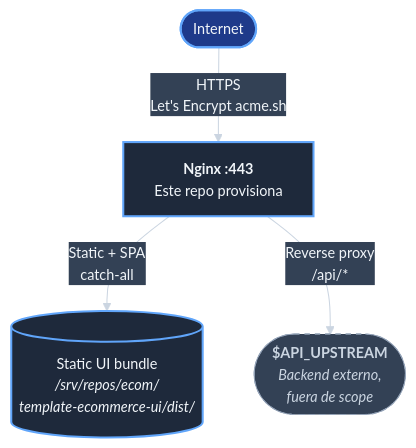
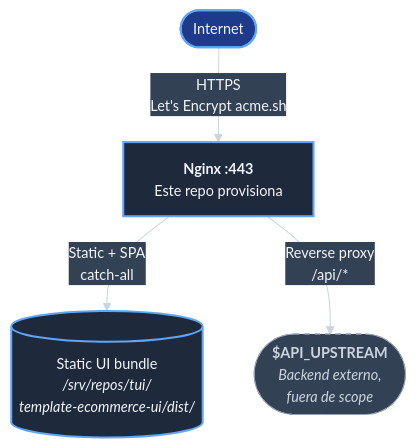
Before and after one commit to jcg-admin/template-ecommerce-server: the first of 5 diagrams in docs/arquitectura.md, drawn with Mermaid. The commit also changed other lines of this file and 4 other files, not shown here.

First line of the commit message:
Fix /srv/repos/ecom/ paths in docs/

````diff
--- a/docs/arquitectura.md
+++ b/docs/arquitectura.md
@@ -16,31 +16,31 @@
 ```mermaid
 %%{init: {'theme':'base', 'themeVariables': {
   'background': '#0f172a',
   'primaryColor': '#1e293b',
   'primaryTextColor': '#f1f5f9',
   'primaryBorderColor': '#94a3b8',
   'lineColor': '#cbd5e1',
   'secondaryColor': '#334155',
   'tertiaryColor': '#1e3a8a',
   'fontFamily': 'monospace',
   'fontSize': '14px'
 }}}%%
 flowchart TB
     internet_publica([Internet])
     nginx_web_server["<b>Nginx :443</b><br/>Este repo provisiona"]
-    bundle_estatico_ui[("Static UI bundle<br/><i>/srv/repos/ecom/<br/>template-ecommerce-ui/dist/</i>")]
+    bundle_estatico_ui[("Static UI bundle<br/><i>/srv/repos/tui/<br/>template-ecommerce-ui/dist/</i>")]
     backend_api_upstream(["<b>$API_UPSTREAM</b><br/><i>Backend externo,<br/>fuera de scope</i>"])
 
     internet_publica -- "HTTPS<br/>Let's Encrypt acme.sh" --> nginx_web_server
     nginx_web_server -- "Static + SPA<br/>catch-all" --> bundle_estatico_ui
     nginx_web_server -- "Reverse proxy<br/>/api/*" --> backend_api_upstream
 
     classDef primaryNode fill:#1e293b,stroke:#60a5fa,stroke-width:2px,color:#f1f5f9
     classDef externalNode fill:#334155,stroke:#94a3b8,stroke-width:1px,color:#cbd5e1,stroke-dasharray: 5 5
     classDef internetNode fill:#1e3a8a,stroke:#60a5fa,stroke-width:2px,color:#f1f5f9
 
     class nginx_web_server primaryNode
     class bundle_estatico_ui primaryNode
     class backend_api_upstream externalNode
     class internet_publica internetNode
 ```
````
